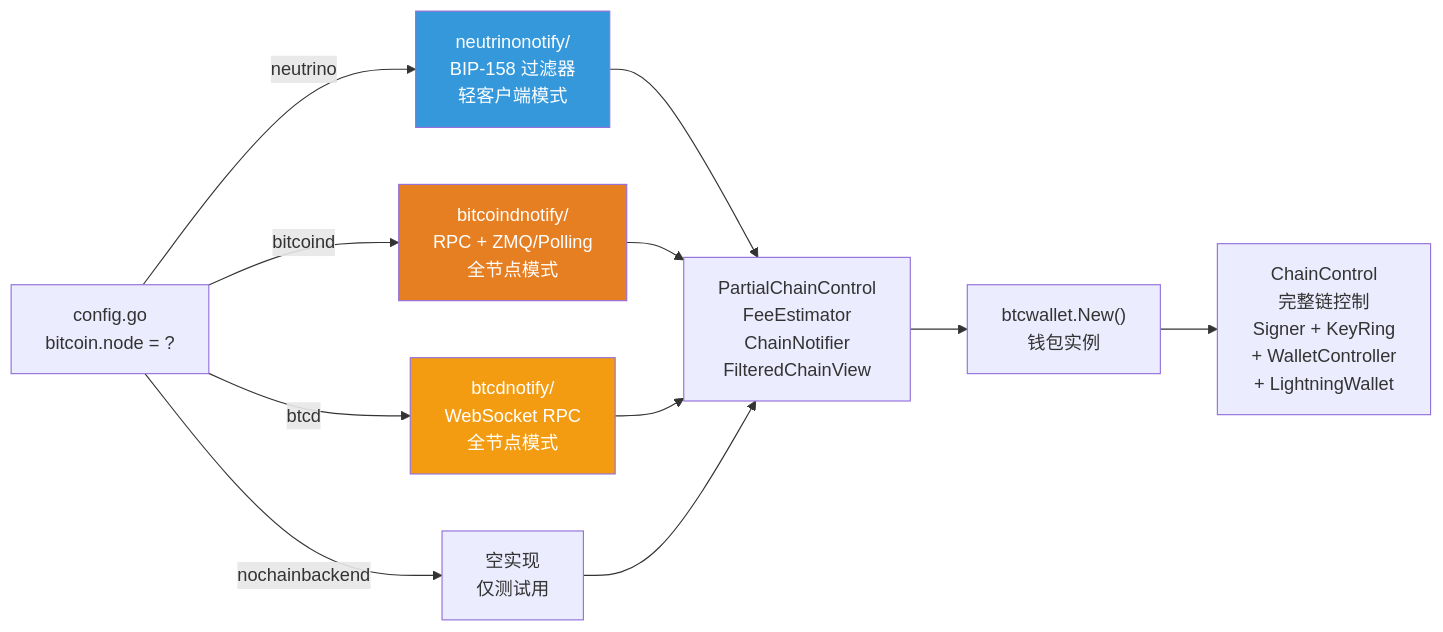
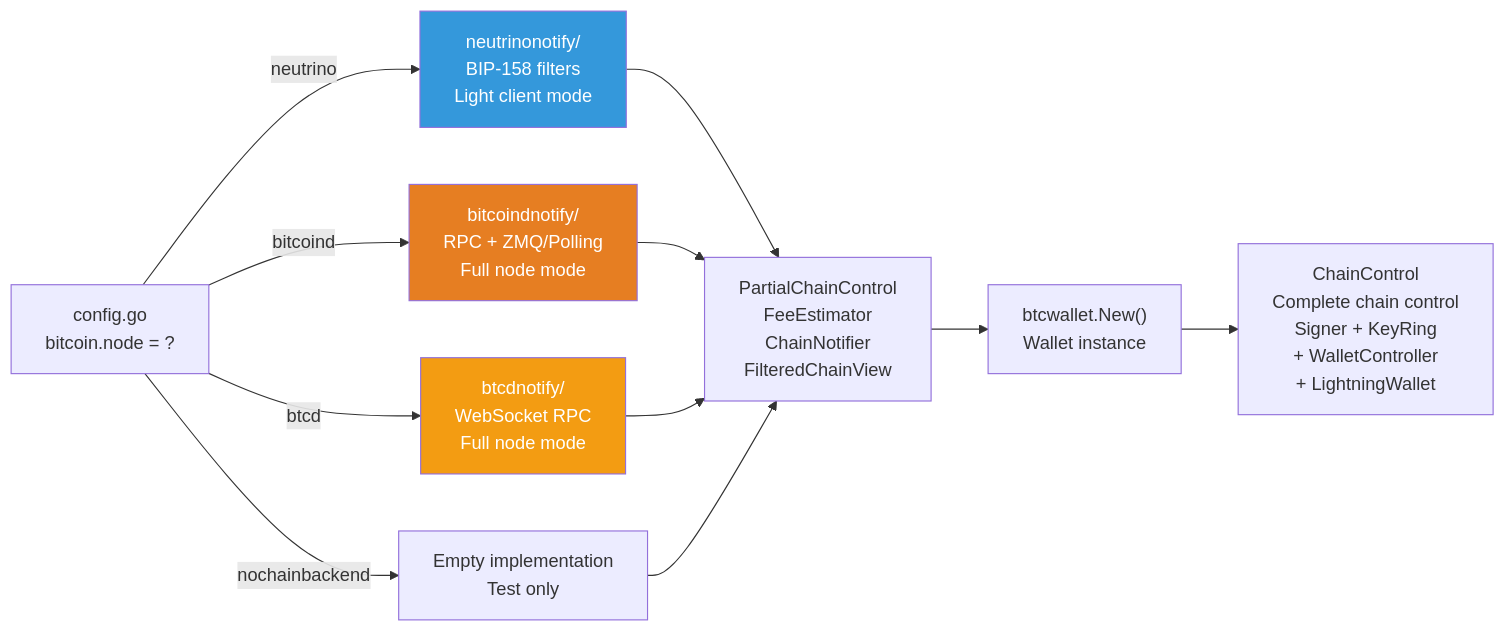
The eighth of 8 diagrams in 1-refactor-docs/lnd-architecture.md (loka-network/loka-p2p-lnd), drawn with Mermaid before and after one commit. The commit also changed other lines of this file and 12 other files, not shown here.

````diff
--- a/1-refactor-docs/lnd-architecture.md
+++ b/1-refactor-docs/lnd-architecture.md
@@ -776,21 +776,21 @@
 ```mermaid
 flowchart LR
     Config["config.go<br/>bitcoin.node = ?"]
 
-    Config -->|"neutrino"| N["neutrinonotify/<br/>BIP-158 过滤器<br/>轻客户端模式"]
-    Config -->|"bitcoind"| BD["bitcoindnotify/<br/>RPC + ZMQ/Polling<br/>全节点模式"]
-    Config -->|"btcd"| BT["btcdnotify/<br/>WebSocket RPC<br/>全节点模式"]
-    Config -->|"nochainbackend"| NC["空实现<br/>仅测试用"]
+    Config -->|"neutrino"| N["neutrinonotify/<br/>BIP-158 filters<br/>Light client mode"]
+    Config -->|"bitcoind"| BD["bitcoindnotify/<br/>RPC + ZMQ/Polling<br/>Full node mode"]
+    Config -->|"btcd"| BT["btcdnotify/<br/>WebSocket RPC<br/>Full node mode"]
+    Config -->|"nochainbackend"| NC["Empty implementation<br/>Test only"]
 
     N --> PCC["PartialChainControl<br/>FeeEstimator<br/>ChainNotifier<br/>FilteredChainView"]
     BD --> PCC
     BT --> PCC
     NC --> PCC
 
-    PCC --> BW["btcwallet.New()<br/>钱包实例"]
-    BW --> FCC["ChainControl<br/>完整链控制<br/>Signer + KeyRing<br/>+ WalletController<br/>+ LightningWallet"]
+    PCC --> BW["btcwallet.New()<br/>Wallet instance"]
+    BW --> FCC["ChainControl<br/>Complete chain control<br/>Signer + KeyRing<br/>+ WalletController<br/>+ LightningWallet"]
 
     style N fill:#3498db,color:#fff
     style BD fill:#e67e22,color:#fff
     style BT fill:#f39c12,color:#fff
 ```
````
